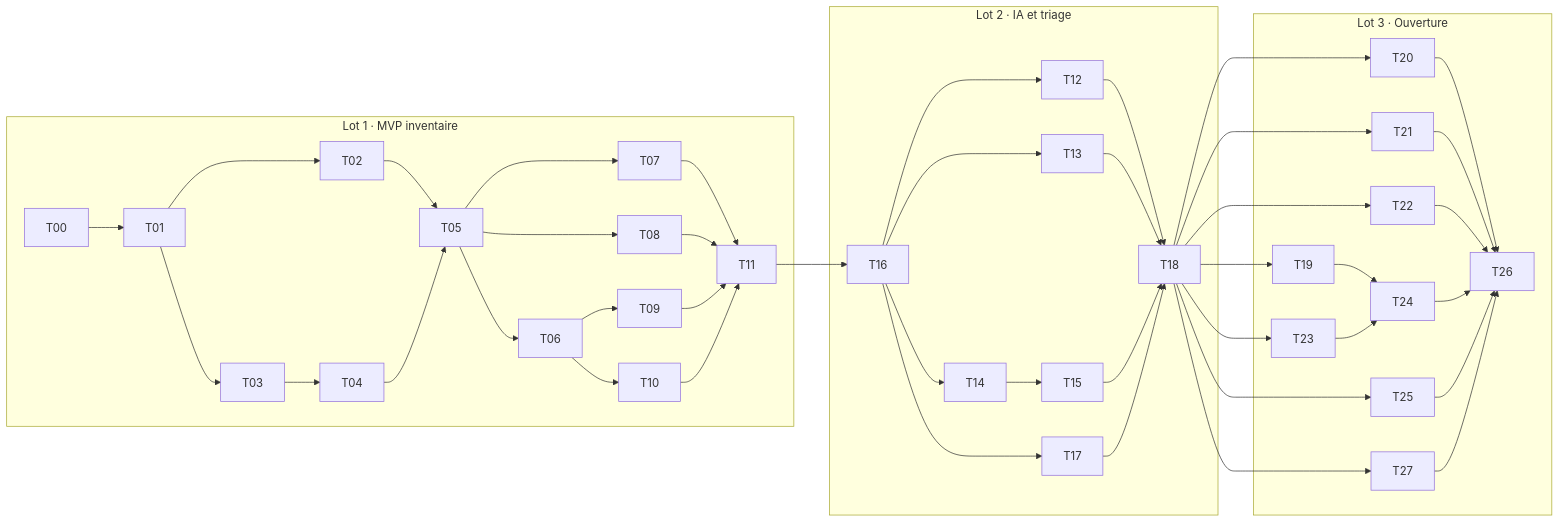
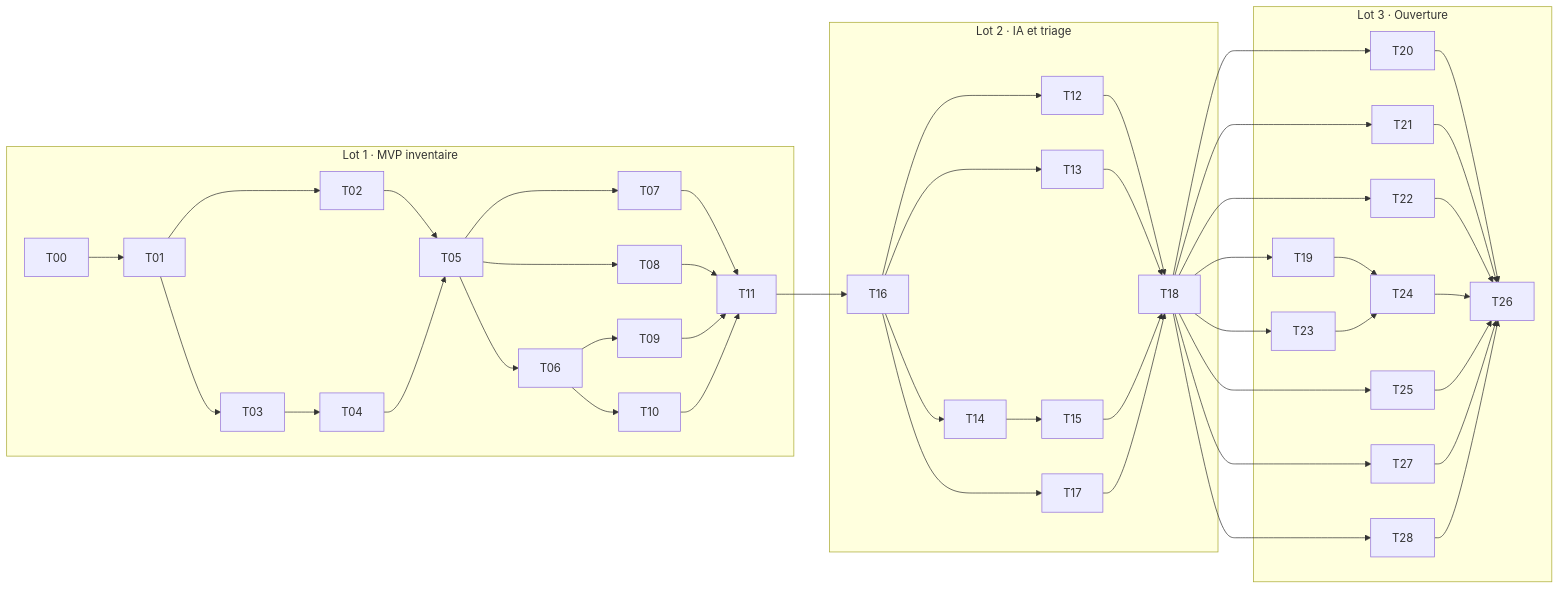
The diagram in specs/README.md (leblanc-simon/lotor), drawn with Mermaid before and after one commit. The commit also changed other lines of this file and 67 other files, not shown here.

````diff
--- a/specs/README.md
+++ b/specs/README.md
@@ -76,37 +77,38 @@
 ```mermaid
 flowchart LR
     subgraph L1["Lot 1 · MVP inventaire"]
         T00 --> T01
         T01 --> T02
         T01 --> T03 --> T04
         T02 --> T05
         T04 --> T05
         T05 --> T06
         T05 --> T07
         T05 --> T08
         T06 --> T09
         T06 --> T10
         T07 --> T11
         T08 --> T11
         T09 --> T11
         T10 --> T11
     end
     subgraph L2["Lot 2 · IA et triage"]
         T16 --> T12 & T13 & T14 & T17
         T14 --> T15
         T12 & T13 & T15 & T17 --> T18
     end
     subgraph L3["Lot 3 · Ouverture"]
         T19 --> T24
         T23 --> T24
         T20
         T21
         T22
         T25
         T27
+        T28
         T26
     end
     T11 --> T16
-    T18 --> T19 & T20 & T21 & T22 & T23 & T25 & T27
-    T20 & T21 & T22 & T24 & T25 & T27 --> T26
+    T18 --> T19 & T20 & T21 & T22 & T23 & T25 & T27 & T28
+    T20 & T21 & T22 & T24 & T25 & T27 & T28 --> T26
 ```
````
